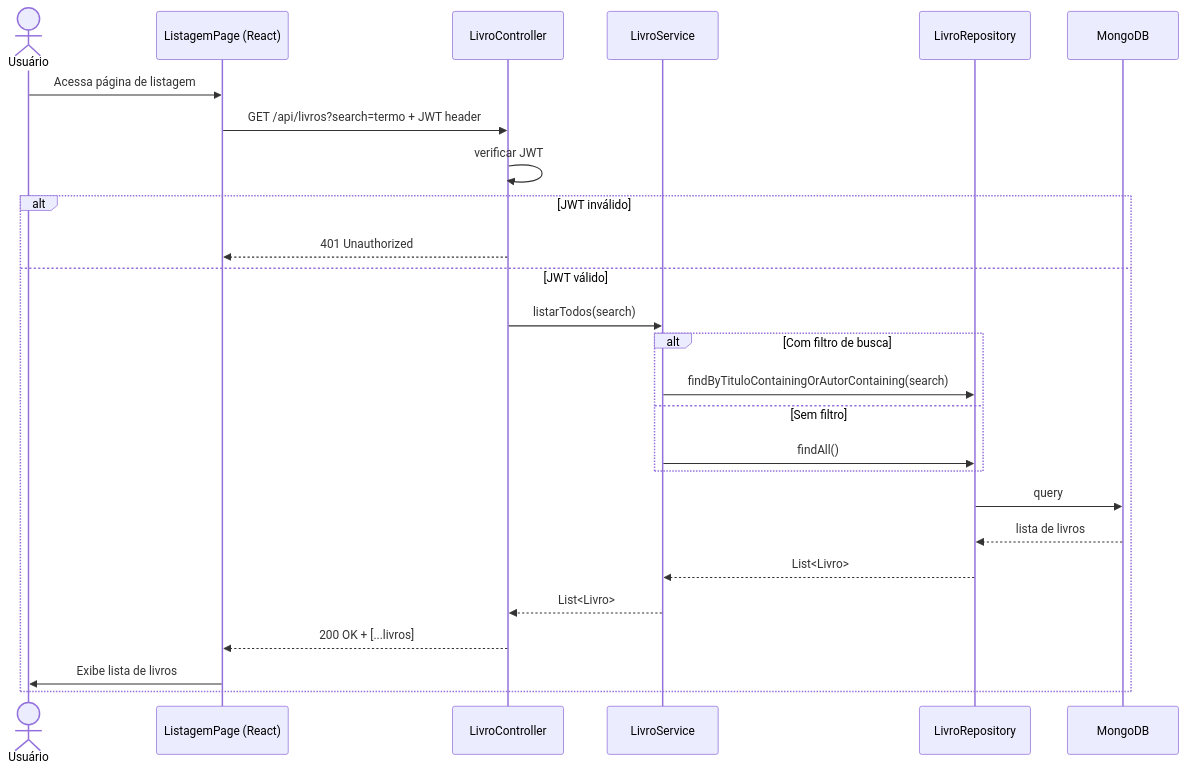
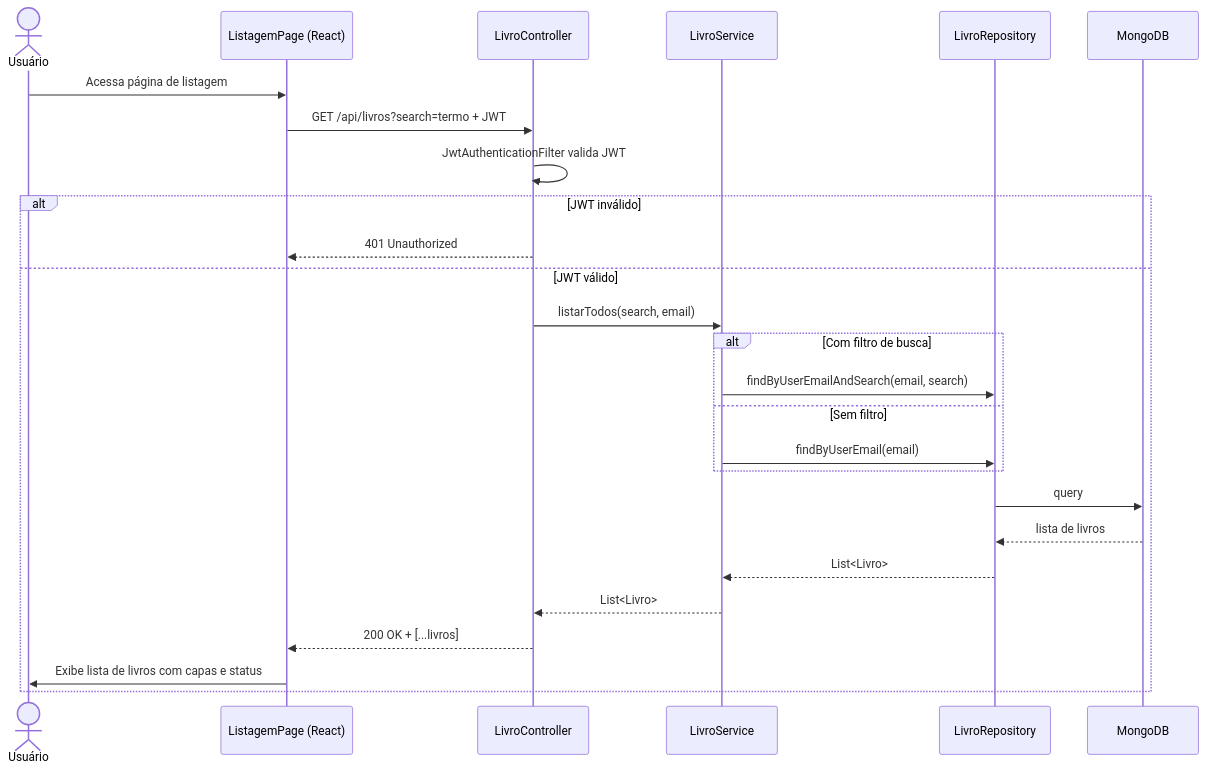
Before and after one commit to limmuz/biblioteca: the fourth of 20 diagrams in RTM.md, drawn with Mermaid. The commit also changed other lines of this file and 47 other files, not shown here.

````diff
--- a/RTM.md
+++ b/RTM.md
@@ -152,29 +152,29 @@
 ```mermaid
 sequenceDiagram
     actor U as Usuário
     participant F as ListagemPage (React)
     participant L as LivroController
     participant S as LivroService
     participant R as LivroRepository
     participant M as MongoDB
 
     U->>F: Acessa página de listagem
-    F->>L: GET /api/livros?search=termo + JWT header
-    L->>L: verificar JWT
+    F->>L: GET /api/livros?search=termo + JWT
+    L->>L: JwtAuthenticationFilter valida JWT
     alt JWT inválido
         L-->>F: 401 Unauthorized
     else JWT válido
-        L->>S: listarTodos(search)
+        L->>S: listarTodos(search, email)
         alt Com filtro de busca
-            S->>R: findByTituloContainingOrAutorContaining(search)
+            S->>R: findByUserEmailAndSearch(email, search)
         else Sem filtro
-            S->>R: findAll()
+            S->>R: findByUserEmail(email)
         end
         R->>M: query
         M-->>R: lista de livros
         R-->>S: List<Livro>
         S-->>L: List<Livro>
         L-->>F: 200 OK + [...livros]
-        F->>U: Exibe lista de livros
+        F->>U: Exibe lista de livros com capas e status
     end
 ```
````
